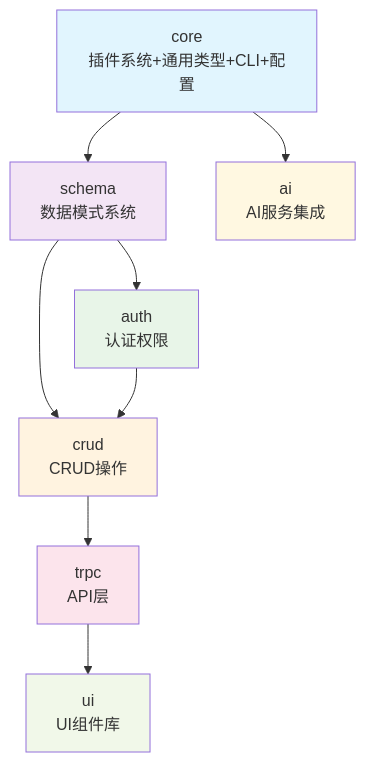
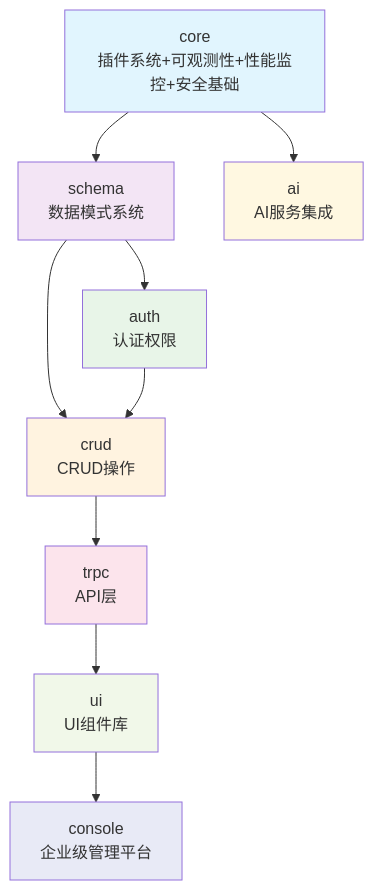
The second of 7 diagrams in ai-context/zh/system-design/architecture.md (laofahai/linch-kit), drawn with Mermaid before and after one commit. The commit also changed other lines of this file and 34 other files, not shown here.

````diff
--- a/ai-context/zh/system-design/architecture.md
+++ b/ai-context/zh/system-design/architecture.md
@@ -94,26 +94,29 @@
 ```mermaid
 graph TD
-    A[core<br/>插件系统+通用类型+CLI+配置] --> B[schema<br/>数据模式系统]
+    A[core<br/>插件系统+可观测性+性能监控+安全基础] --> B[schema<br/>数据模式系统]
     A --> G[ai<br/>AI服务集成]
     B --> C[auth<br/>认证权限]
     B --> D[crud<br/>CRUD操作]
     C --> D
     D --> E[trpc<br/>API层]
     E --> F[ui<br/>UI组件库]
+    F --> H[console<br/>企业级管理平台]
 
     classDef level0 fill:#e1f5fe
     classDef level1 fill:#f3e5f5
     classDef level2 fill:#e8f5e8
     classDef level3 fill:#fff3e0
     classDef level4 fill:#fce4ec
     classDef level5 fill:#f1f8e9
+    classDef level6 fill:#e8eaf6
     classDef ai fill:#fff8e1
 
     class A level0
     class B level1
     class G ai
     class C level2
     class D level3
     class E level4
     class F level5
+    class H level6
 ```
````
